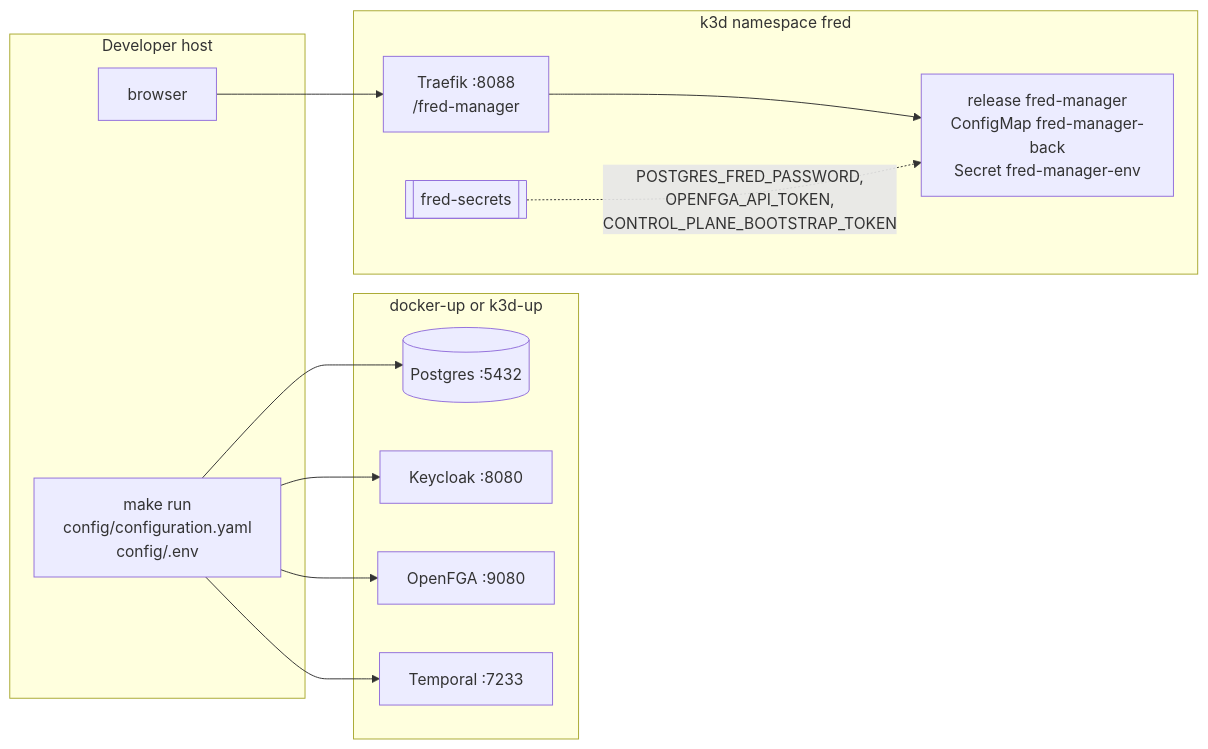
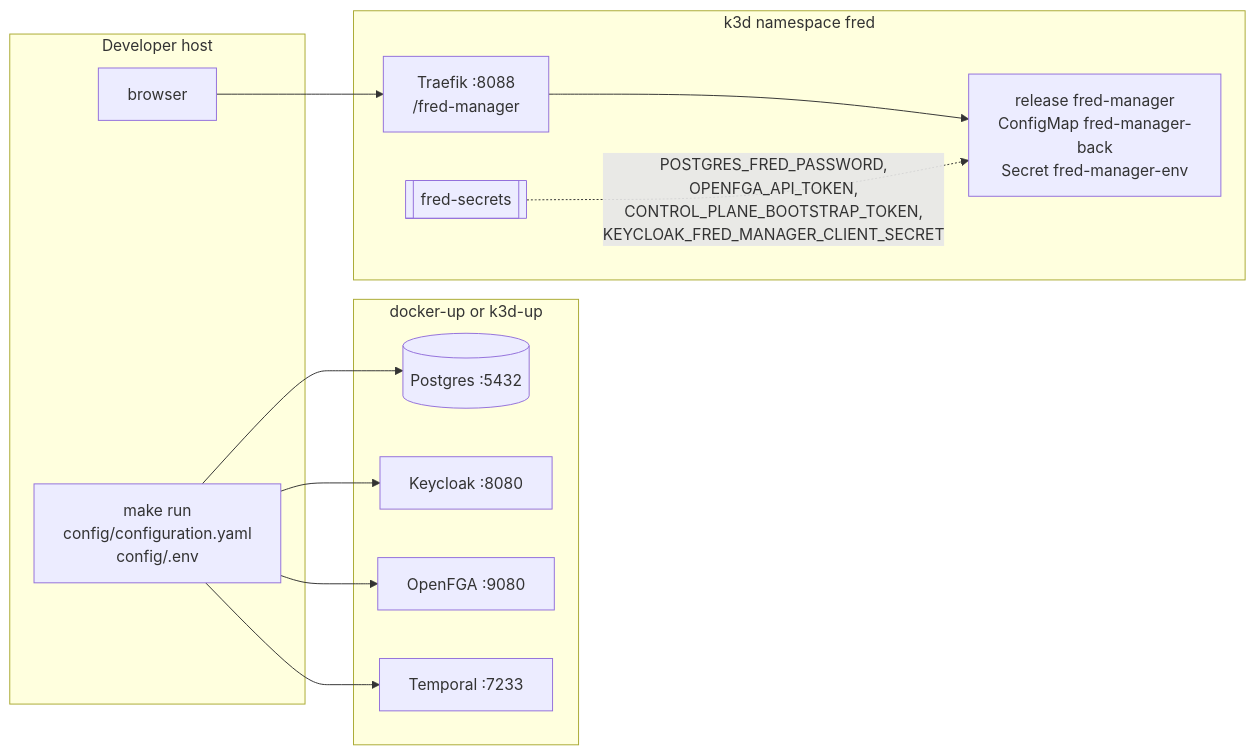
The diagram in docs/architecture/07-deployment.md (ThalesGroup/fred), drawn with Mermaid before and after one commit. The commit also changed other lines of this file and 37 other files, not shown here.

Commit message:
feat(#3092): complete fred-manager role authorization

````diff
--- a/docs/architecture/07-deployment.md
+++ b/docs/architecture/07-deployment.md
@@ -7,21 +7,21 @@
 ```mermaid
 flowchart LR
     subgraph host [Developer host]
         run["make run<br/>config/configuration.yaml<br/>config/.env"]
         browser["browser"]
     end
     subgraph infra [docker-up or k3d-up]
         pg[("Postgres :5432")]
         kc["Keycloak :8080"]
         fga["OpenFGA :9080"]
         tmp["Temporal :7233"]
     end
     subgraph cluster [k3d namespace fred]
         pod["release fred-manager<br/>ConfigMap fred-manager-back<br/>Secret fred-manager-env"]
         secrets[["fred-secrets"]]
         traefik["Traefik :8088<br/>/fred-manager"]
     end
     run --> pg & kc & fga & tmp
     browser --> traefik --> pod
-    secrets -. "POSTGRES_FRED_PASSWORD,<br/>OPENFGA_API_TOKEN,<br/>CONTROL_PLANE_BOOTSTRAP_TOKEN" .-> pod
+    secrets -. "POSTGRES_FRED_PASSWORD,<br/>OPENFGA_API_TOKEN,<br/>CONTROL_PLANE_BOOTSTRAP_TOKEN,<br/>KEYCLOAK_FRED_MANAGER_CLIENT_SECRET" .-> pod
 ```
````
